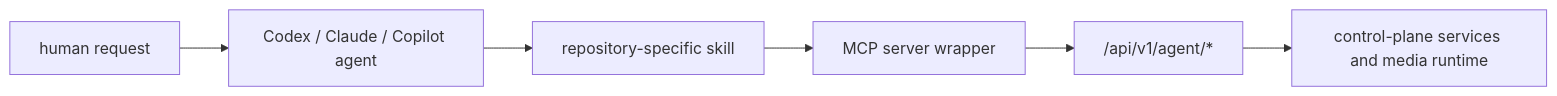
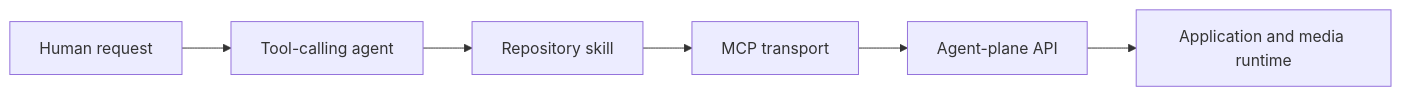
One commit to krsna1729/restream changed the diagram in docs/agent-plane-integration.md. Above: the diagram before and after it, drawn with Mermaid. The commit also changed other lines of this file and 13 other files, not shown here.

````diff
--- a/docs/agent-plane-integration.md
+++ b/docs/agent-plane-integration.md
@@ -20,8 +19,8 @@
 ```mermaid
 flowchart LR
-    Human["human request"] --> Agent["Codex / Claude / Copilot agent"]
-    Agent --> Skill["repository-specific skill"]
-    Skill --> Mcp["MCP server wrapper"]
-    Mcp --> Api["/api/v1/agent/*"]
-    Api --> Core["control-plane services and media runtime"]
+    Human["Human request"] --> Agent["Tool-calling agent"]
+    Agent --> Skill["Repository skill"]
+    Skill --> Mcp["MCP transport"]
+    Mcp --> Api["Agent-plane API"]
+    Api --> Core["Application and media runtime"]
 ```
````
